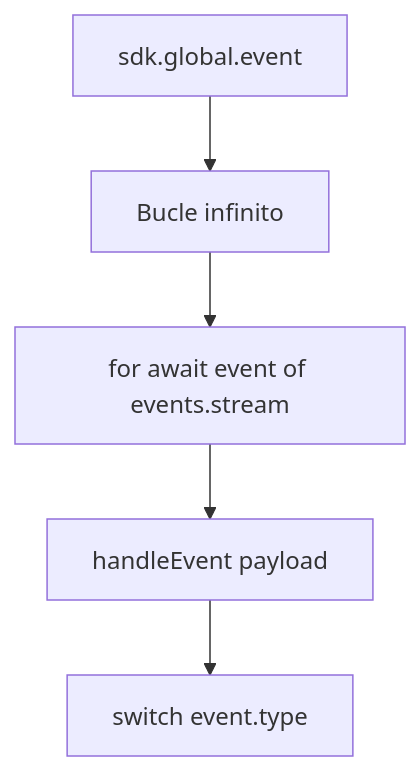
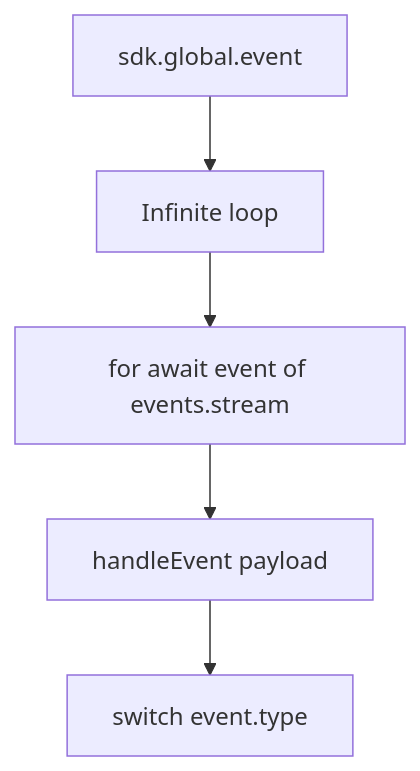
Before and after one commit to digiogithub/pando: the second of 4 diagrams in .kb/pando/research/acp-opencode-plan-deepwiki.md, drawn with Mermaid. The commit also changed other lines of this file and 63 other files, not shown here.

````diff
--- a/.kb/pando/research/acp-opencode-plan-deepwiki.md
+++ b/.kb/pando/research/acp-opencode-plan-deepwiki.md
@@ -230,7 +230,7 @@
 ```mermaid
 graph TD
-    SDK["sdk.global.event"] --> Loop["Bucle infinito"]
+    SDK["sdk.global.event"] --> Loop["Infinite loop"]
     Loop --> Event["for await event of events.stream"]
     Event --> Handle["handleEvent payload"]
     Handle --> Switch["switch event.type"]
 ```
````
